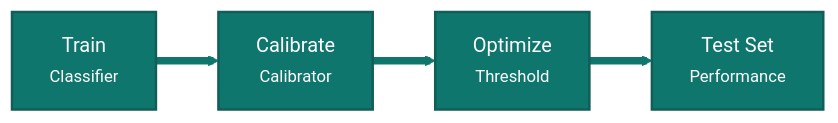
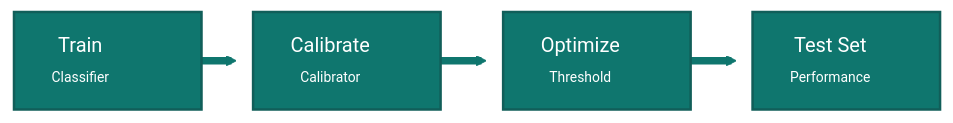
One commit to Pablo-Molla-Charlez/SecondaryModel changed the third of 4 diagrams in README.md. Above: the diagram before and after it, drawn with Mermaid. The commit also changed other lines of this file, not shown here.

````diff
--- a/README.md
+++ b/README.md
@@ -88,10 +88,11 @@
 ```mermaid
 %%{init: {'theme': 'base', 'themeVariables': { 'primaryColor': '#0f766e', 'primaryBorderColor': '#115e59', 'primaryTextColor': '#ffffff', 'secondaryColor': '#f59e0b', 'tertiaryColor': '#dbeafe', 'lineColor': '#0f172a', 'background': '#ffffff'}}}%%
 flowchart LR
-    A["Train<br/><small>Classifier</small>"] --> B["Calibrate<br/><small>Calibrator</small>"]
-    B --> C["Optimize<br/><small>Threshold</small>"]
-    C --> D["Test Set<br/><small>Performance</small>"]
-    classDef split fill:#0f766e,stroke:#115e59,color:#ffffff,stroke-width:2px;
+    A["Train<br/><small><small>Classifier</small></small>"] --> B["Calibrate<br/><small><small>Calibrator</small></small>"]
+    B --> C["Optimize<br/><small><small>Threshold</small></small>"]
+    D["Test Set<br/><small><small>Performance</small></small>"]
+    C --> D
+    classDef split fill:#0f766e,stroke:#115e59,color:#ffffff,stroke-width:2px,width:150px;
     class A,B,C,D split;
     linkStyle default stroke:#0f766e,stroke-width:6px;
 ```
````
